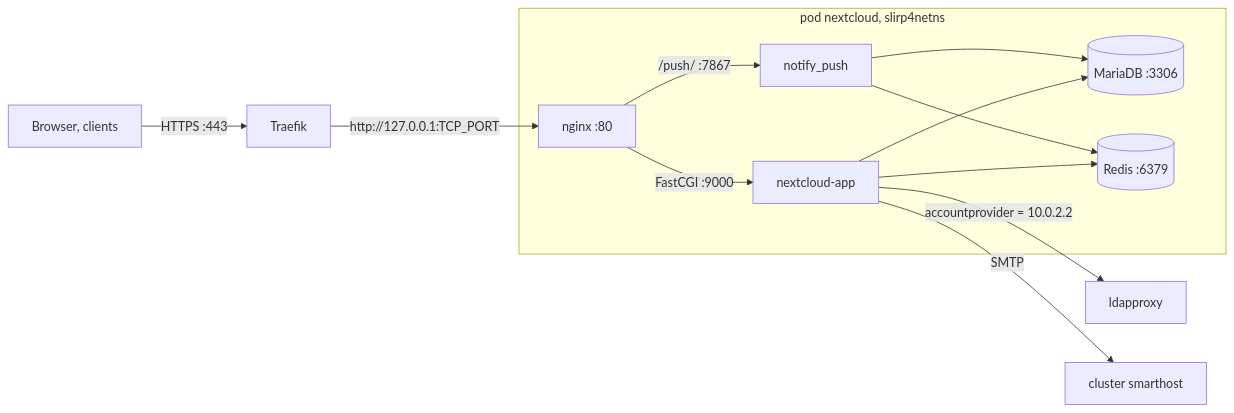
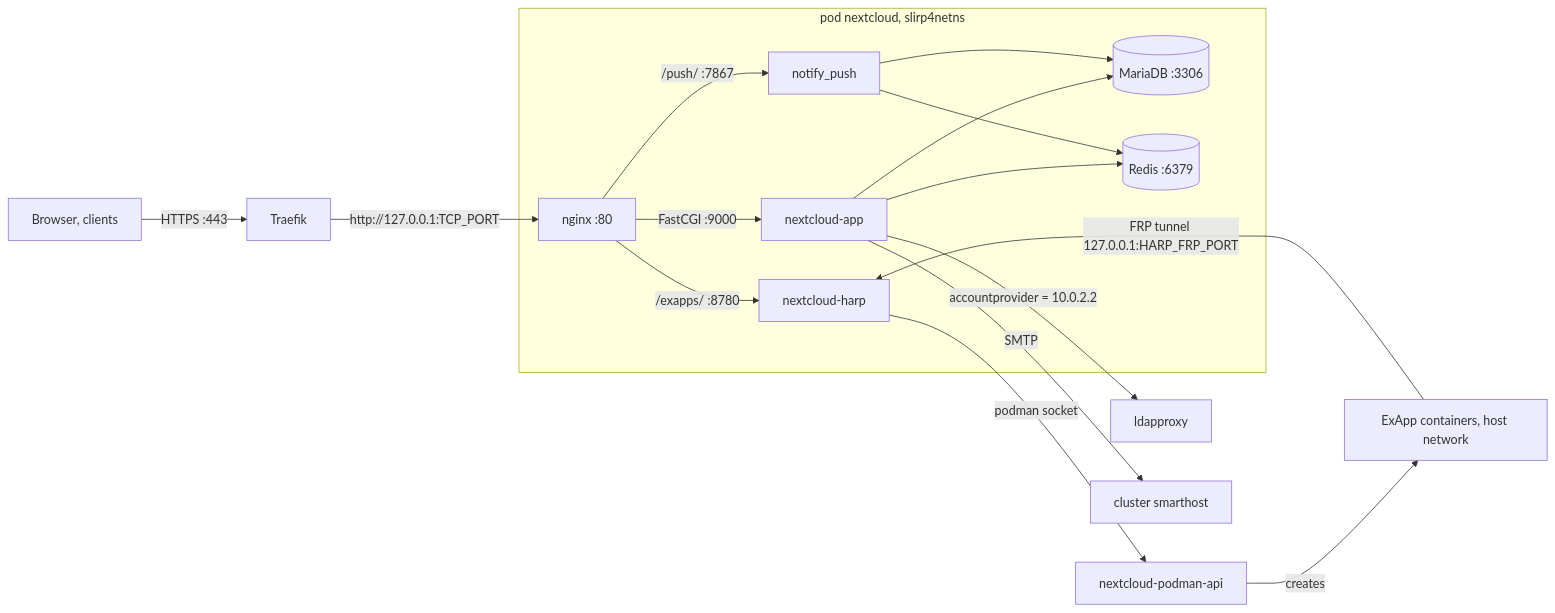
The diagram in docs/architecture.md (stephdl/ns8-nextcloud-next), drawn with Mermaid before and after one commit. The commit also changed other lines of this file and 32 other files, not shown here.

````diff
--- a/docs/architecture.md
+++ b/docs/architecture.md
@@ -8,15 +8,19 @@
 ```mermaid
 flowchart LR
     C["Browser, clients"] -- "HTTPS :443" --> T["Traefik"]
     T -- "http://127.0.0.1:TCP_PORT" --> N
     subgraph Pod["pod nextcloud, slirp4netns"]
         N["nginx :80"] -- "FastCGI :9000" --> A["nextcloud-app"]
         N -- "/push/ :7867" --> P["notify_push"]
         A --> D[("MariaDB :3306")]
         A --> R[("Redis :6379")]
         P --> D
         P --> R
+        N -- "/exapps/ :8780" --> H["nextcloud-harp"]
     end
     A -- "accountprovider = 10.0.2.2" --> L["ldapproxy"]
     A -- "SMTP" --> S["cluster smarthost"]
+    H -- "podman socket" --> K["nextcloud-podman-api"]
+    K -- "creates" --> E["ExApp containers, host network"]
+    E -- "FRP tunnel 127.0.0.1:HARP_FRP_PORT" --> H
 ```
````
